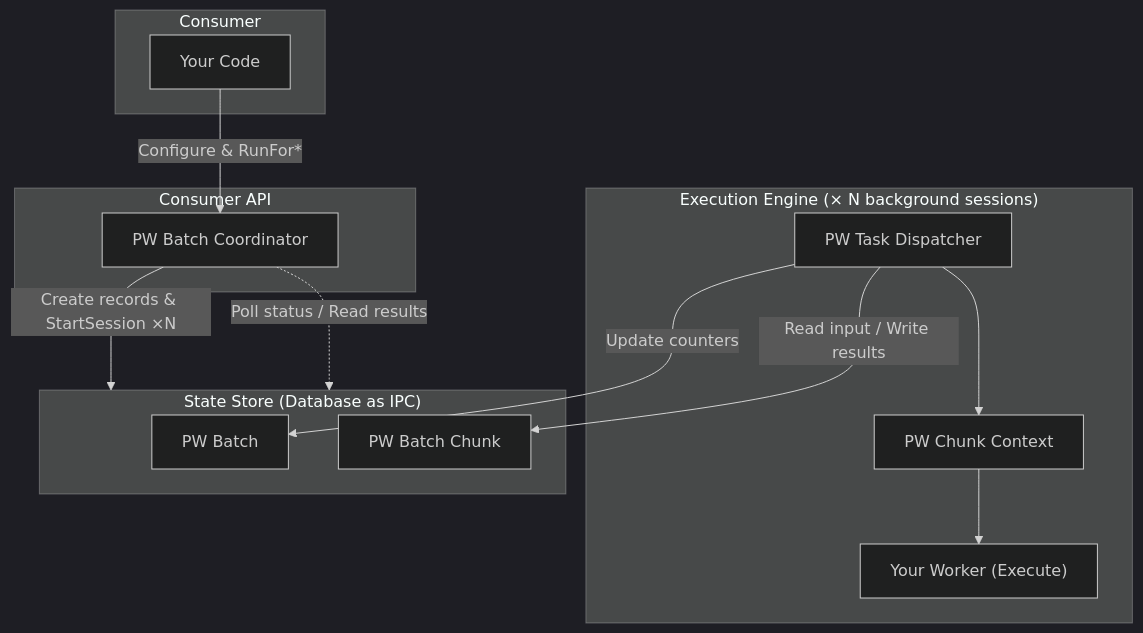
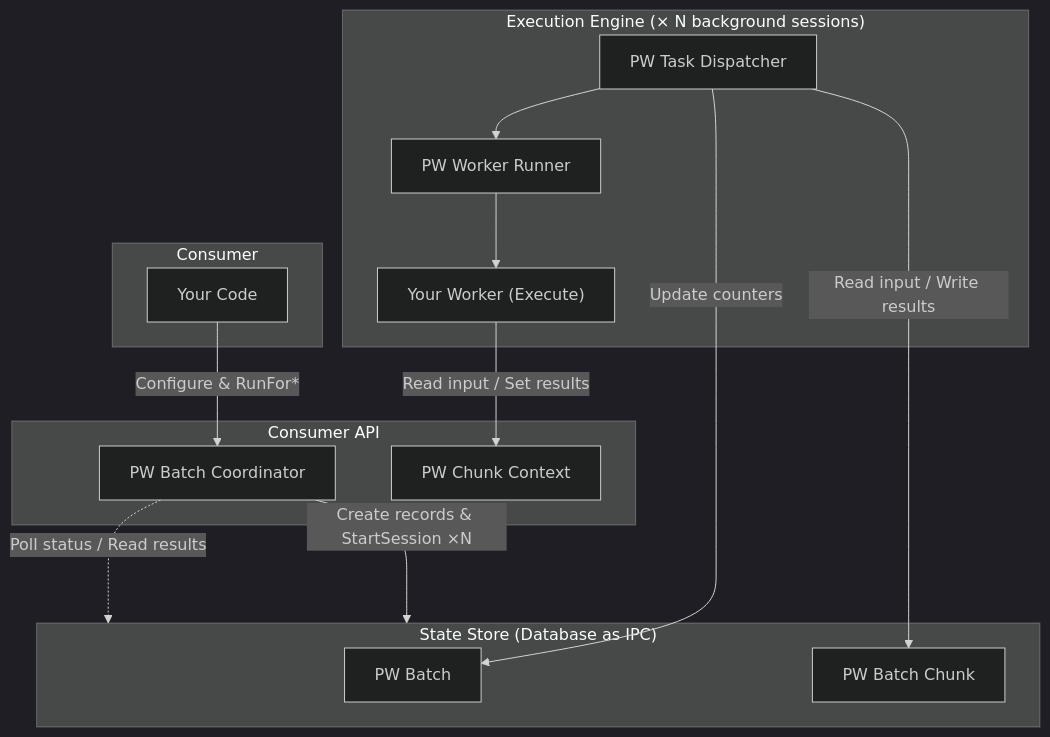
The first of 5 diagrams in README.md (Drakonian/parallel-worker-bc), drawn with Mermaid (dark theme) before and after one commit. The commit also changed other lines of this file, not shown here.

Commit message:
Explain StartSession choice Update high-level diagram

````diff
--- a/README.md
+++ b/README.md
@@ -110,28 +110,30 @@
 ```mermaid
 graph TB
     subgraph Consumer
         Code["Your Code"]
     end
 
     subgraph API["Consumer API"]
         Coordinator["PW Batch Coordinator"]
+        Context["PW Chunk Context"]
     end
 
     subgraph Engine["Execution Engine (× N background sessions)"]
         Dispatcher["PW Task Dispatcher"]
-        Context["PW Chunk Context"]
+        Runner["PW Worker Runner"]
         Worker["Your Worker (Execute)"]
-        Dispatcher --> Context --> Worker
+        Dispatcher --> Runner --> Worker
     end
 
     subgraph Store["State Store (Database as IPC)"]
         Batch["PW Batch"]
         Chunk["PW Batch Chunk"]
     end
 
     Code -->|"Configure & RunFor*"| Coordinator
+    Worker -->|"Read input / Set results"| Context
     Coordinator -->|"Create records & StartSession ×N"| Store
     Coordinator -.->|"Poll status / Read results"| Store
     Dispatcher -->|"Read input / Write results"| Chunk
     Dispatcher -->|"Update counters"| Batch
 ```
````
